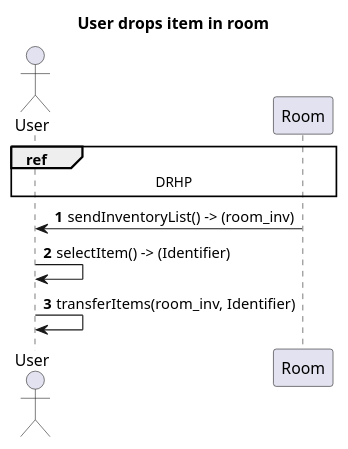
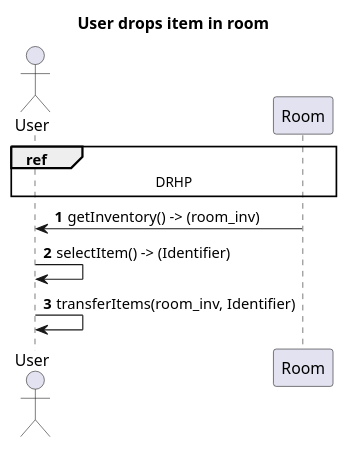
Before and after one commit to MysticMazeEducators/.github: the diagram in resources/sequence_diagrams/drop_item.puml, drawn with PlantUML. The commit also changed 1 other file, not shown here.

```diff
--- a/resources/sequence_diagrams/drop_item.puml
+++ b/resources/sequence_diagrams/drop_item.puml
@@ -1,15 +1,15 @@
 @startuml
 'https://plantuml.com/sequence-diagram
 title User drops item in room
 autonumber
 
 actor "User" as U
 participant "Room" as R
 
 ref over U, R: DRHP
 
-R -> U: sendInventoryList() -> (room_inv)
+R -> U: getInventory() -> (room_inv)
 U -> U: selectItem() -> (Identifier)
 U -> U: transferItems(room_inv, Identifier)
 
 @enduml
```
